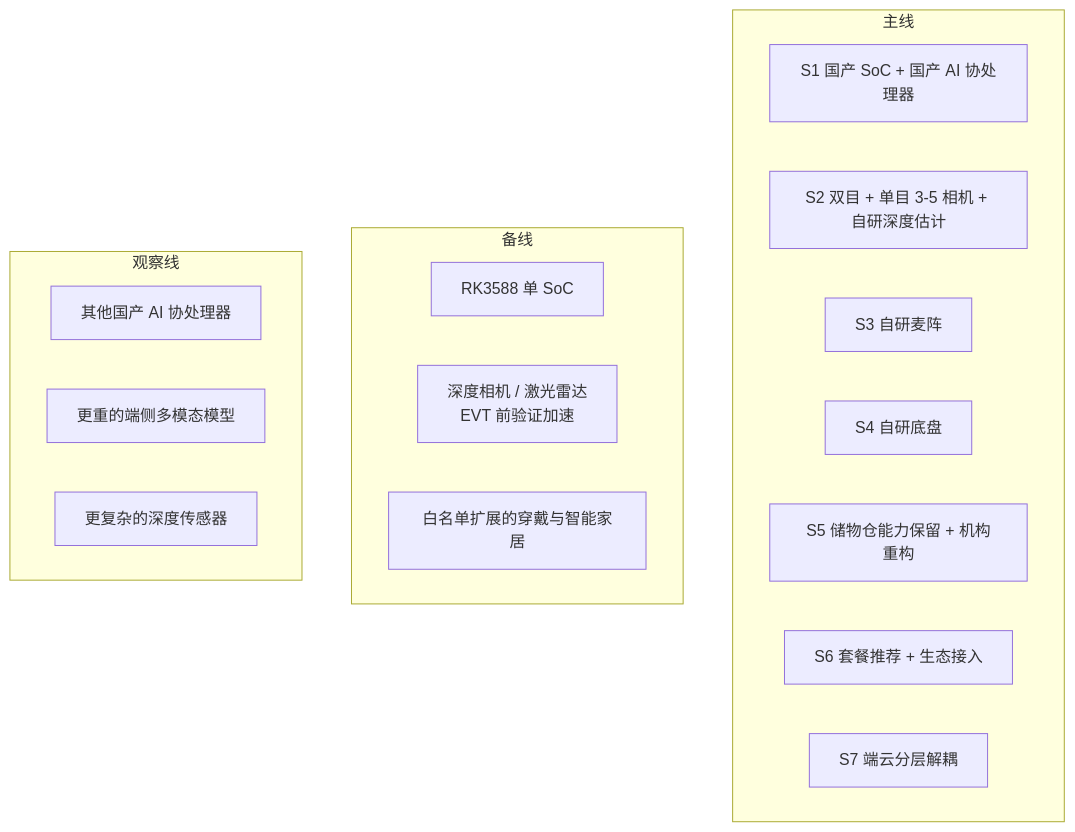
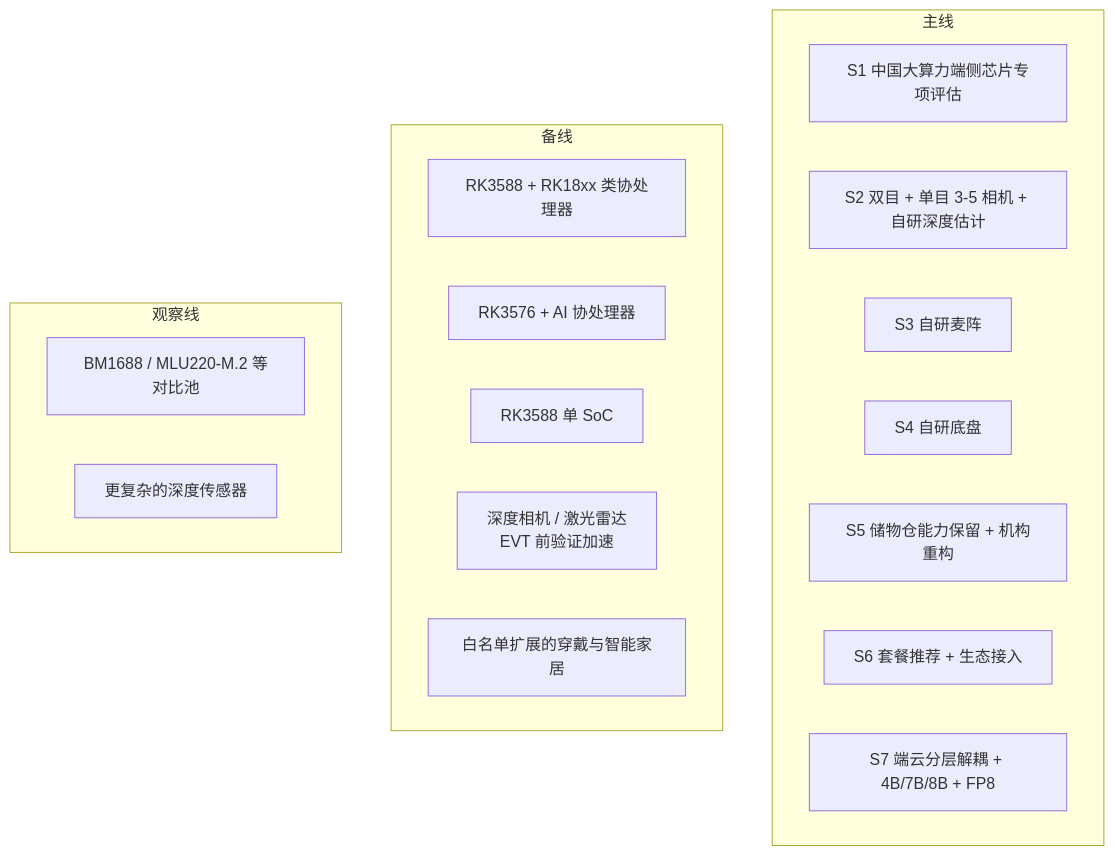
One commit to hlm12348765/Kinbot_OODA changed the diagram in docs/HARDWARE_SOFTWARE_SELECTION_MATRIX.md. Above: the diagram before and after it, drawn with Mermaid. The commit also changed other lines of this file and 6 other files, not shown here.

````diff
--- a/docs/HARDWARE_SOFTWARE_SELECTION_MATRIX.md
+++ b/docs/HARDWARE_SOFTWARE_SELECTION_MATRIX.md
@@ -50,24 +73,25 @@
 ```mermaid
 flowchart TB
     subgraph 主线
-        M1[S1 国产 SoC + 国产 AI 协处理器]
+        M1[S1 中国大算力端侧芯片专项评估]
         M2[S2 双目 + 单目 3-5 相机 + 自研深度估计]
         M3[S3 自研麦阵]
         M4[S4 自研底盘]
         M5[S5 储物仓能力保留 + 机构重构]
         M6[S6 套餐推荐 + 生态接入]
-        M7[S7 端云分层解耦]
+        M7[S7 端云分层解耦 + 4B/7B/8B + FP8]
     end
 
     subgraph 备线
-        B1[RK3588 单 SoC]
-        B2[深度相机 / 激光雷达<br/>EVT 前验证加速]
-        B3[白名单扩展的穿戴与智能家居]
+        B1[RK3588 + RK18xx 类协处理器]
+        B2[RK3576 + AI 协处理器]
+        B3[RK3588 单 SoC]
+        B4[深度相机 / 激光雷达<br/>EVT 前验证加速]
+        B5[白名单扩展的穿戴与智能家居]
     end
 
     subgraph 观察线
-        O1[其他国产 AI 协处理器]
-        O2[更重的端侧多模态模型]
-        O3[更复杂的深度传感器]
+        O1[BM1688 / MLU220-M.2 等对比池]
+        O2[更复杂的深度传感器]
     end
 ```
````
